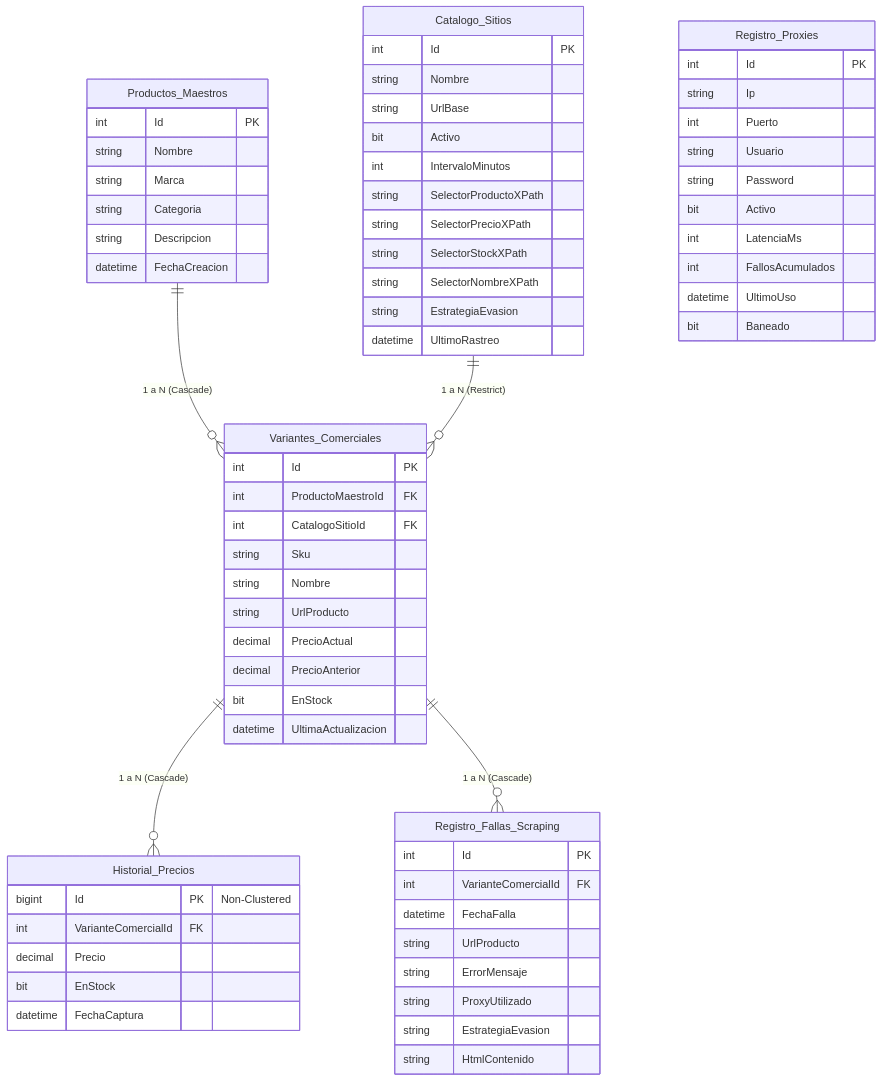
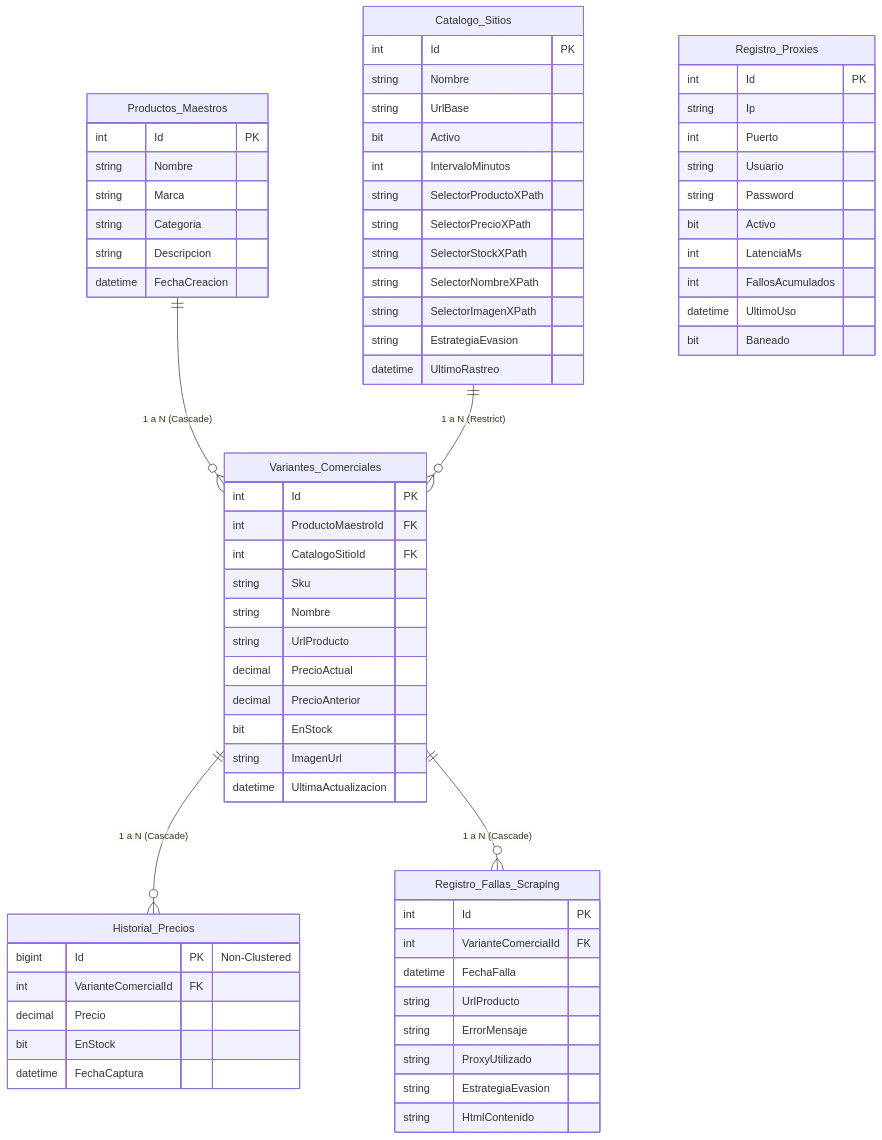
Before and after one commit to controlzeta/Teocuitla: the diagram in DBSchema.md, drawn with Mermaid. The commit also changed other lines of this file and 21 other files, not shown here.

````diff
--- a/DBSchema.md
+++ b/DBSchema.md
@@ -11,69 +11,71 @@
 ```mermaid
 erDiagram
     Productos_Maestros ||--o{ Variantes_Comerciales : "1 a N (Cascade)"
     Catalogo_Sitios ||--o{ Variantes_Comerciales : "1 a N (Restrict)"
     Variantes_Comerciales ||--o{ Historial_Precios : "1 a N (Cascade)"
     Variantes_Comerciales ||--o{ Registro_Fallas_Scraping : "1 a N (Cascade)"
     Registro_Proxies {
         int Id PK
         string Ip
         int Puerto
         string Usuario
         string Password
         bit Activo
         int LatenciaMs
         int FallosAcumulados
         datetime UltimoUso
         bit Baneado
     }
     Productos_Maestros {
         int Id PK
         string Nombre
         string Marca
         string Categoria
         string Descripcion
         datetime FechaCreacion
     }
     Catalogo_Sitios {
         int Id PK
         string Nombre
         string UrlBase
         bit Activo
         int IntervaloMinutos
         string SelectorProductoXPath
         string SelectorPrecioXPath
         string SelectorStockXPath
         string SelectorNombreXPath
+        string SelectorImagenXPath
         string EstrategiaEvasion
         datetime UltimoRastreo
     }
     Variantes_Comerciales {
         int Id PK
         int ProductoMaestroId FK
         int CatalogoSitioId FK
         string Sku
         string Nombre
         string UrlProducto
         decimal PrecioActual
         decimal PrecioAnterior
         bit EnStock
+        string ImagenUrl
         datetime UltimaActualizacion
     }
     Historial_Precios {
         bigint Id PK "Non-Clustered"
         int VarianteComercialId FK
         decimal Precio
         bit EnStock
         datetime FechaCaptura
     }
     Registro_Fallas_Scraping {
         int Id PK
         int VarianteComercialId FK
         datetime FechaFalla
         string UrlProducto
         string ErrorMensaje
         string ProxyUtilizado
         string EstrategiaEvasion
         string HtmlContenido
     }
 ```
````
